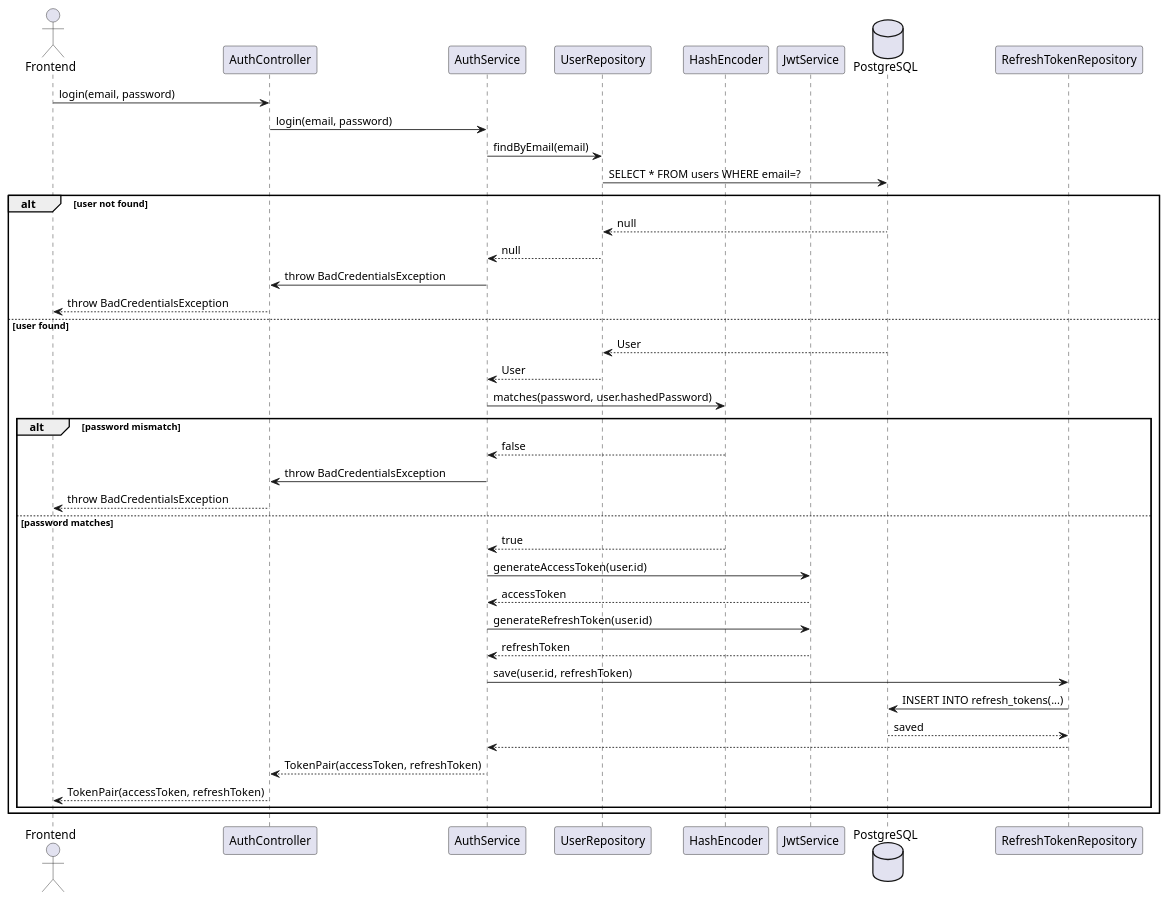
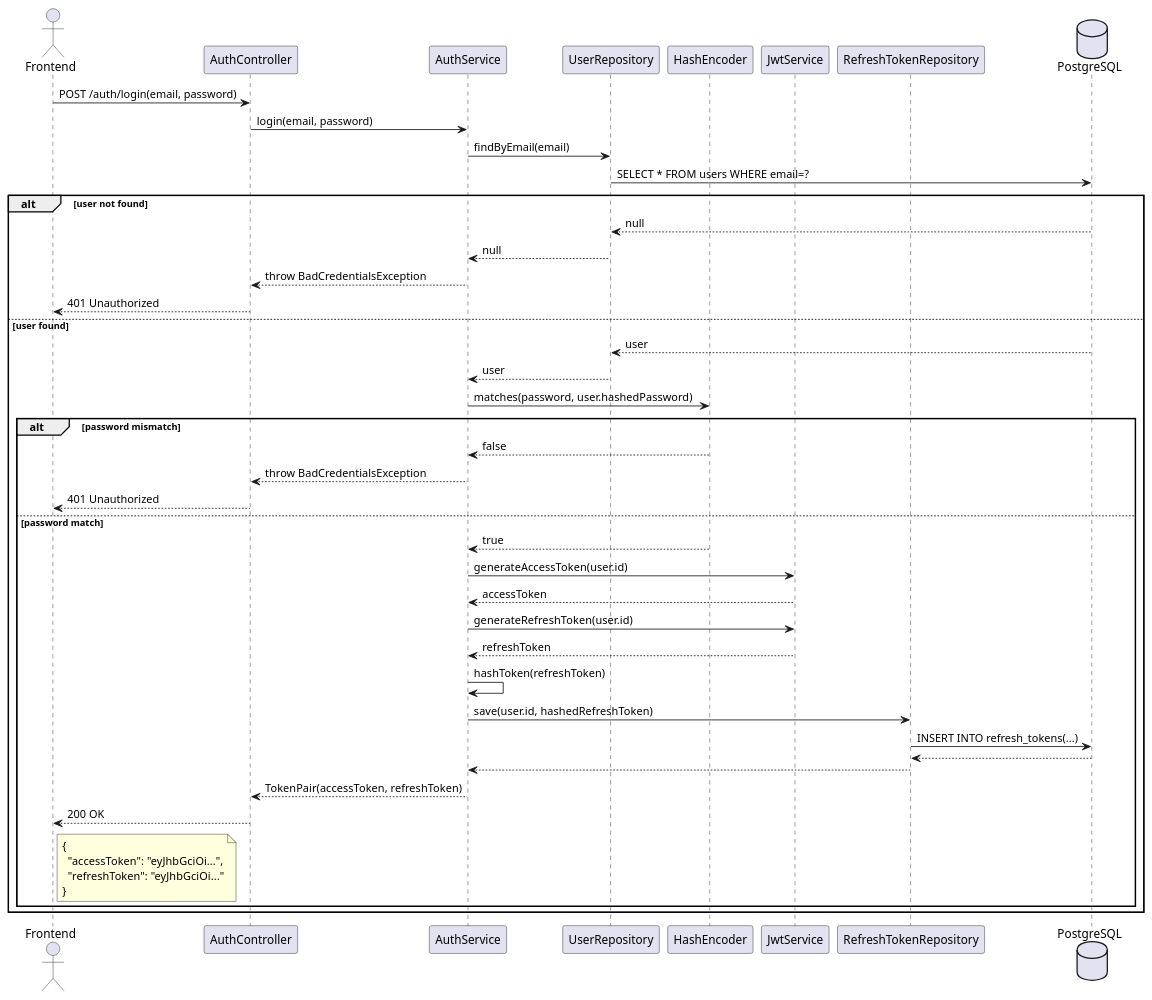
One commit to Rodwan-Bakkar/auth-svc changed the diagram in docs/diagrams/sequence/user-login.puml. Above: the diagram before and after it, drawn with PlantUML. The commit also changed 7 other files, not shown here.

Commit message:
Add refresh token functionality with sequence diagram

```diff
--- a/docs/diagrams/sequence/user-login.puml
+++ b/docs/diagrams/sequence/user-login.puml
@@ -1,43 +1,50 @@
 @startuml
 actor "Frontend" as FE
 participant "AuthController" as AC
 participant "AuthService" as AS
 participant "UserRepository" as UR
 participant "HashEncoder" as HE
 participant "JwtService" as JS
+participant "RefreshTokenRepository" as RTR
 database "PostgreSQL" as DB
-participant "RefreshTokenRepository" as RTR
 
-FE -> AC: login(email, password)
+FE -> AC: POST /auth/login(email, password)
 AC -> AS: login(email, password)
 
 AS -> UR: findByEmail(email)
 UR -> DB: SELECT * FROM users WHERE email=?
 alt user not found
     DB --> UR: null
     UR --> AS: null
-    AS -> AC: throw BadCredentialsException
-    AC --> FE: throw BadCredentialsException
+    AS --> AC: throw BadCredentialsException
+    AC --> FE: 401 Unauthorized
 else user found
-    DB --> UR: User
-    UR --> AS: User
+    DB --> UR: user
+    UR --> AS: user
     AS -> HE: matches(password, user.hashedPassword)
     alt password mismatch
         HE --> AS: false
-        AS -> AC: throw BadCredentialsException
-        AC --> FE: throw BadCredentialsException
-    else password matches
+        AS --> AC: throw BadCredentialsException
+        AC --> FE: 401 Unauthorized
+    else password match
         HE --> AS: true
         AS -> JS: generateAccessToken(user.id)
         JS --> AS: accessToken
         AS -> JS: generateRefreshToken(user.id)
         JS --> AS: refreshToken
-        AS -> RTR: save(user.id, refreshToken)
+        AS -> AS: hashToken(refreshToken)
+        AS -> RTR: save(user.id, hashedRefreshToken)
         RTR -> DB: INSERT INTO refresh_tokens(...)
-        DB --> RTR: saved
-        RTR --> AS:
+        DB --> RTR
+        RTR --> AS
         AS --> AC: TokenPair(accessToken, refreshToken)
-        AC --> FE: TokenPair(accessToken, refreshToken)
+        AC --> FE: 200 OK
+            note right of FE
+                {
+                  "accessToken": "eyJhbGciOi...",
+                  "refreshToken": "eyJhbGciOi..."
+                }
+            end note
     end
 end
 @enduml
```
